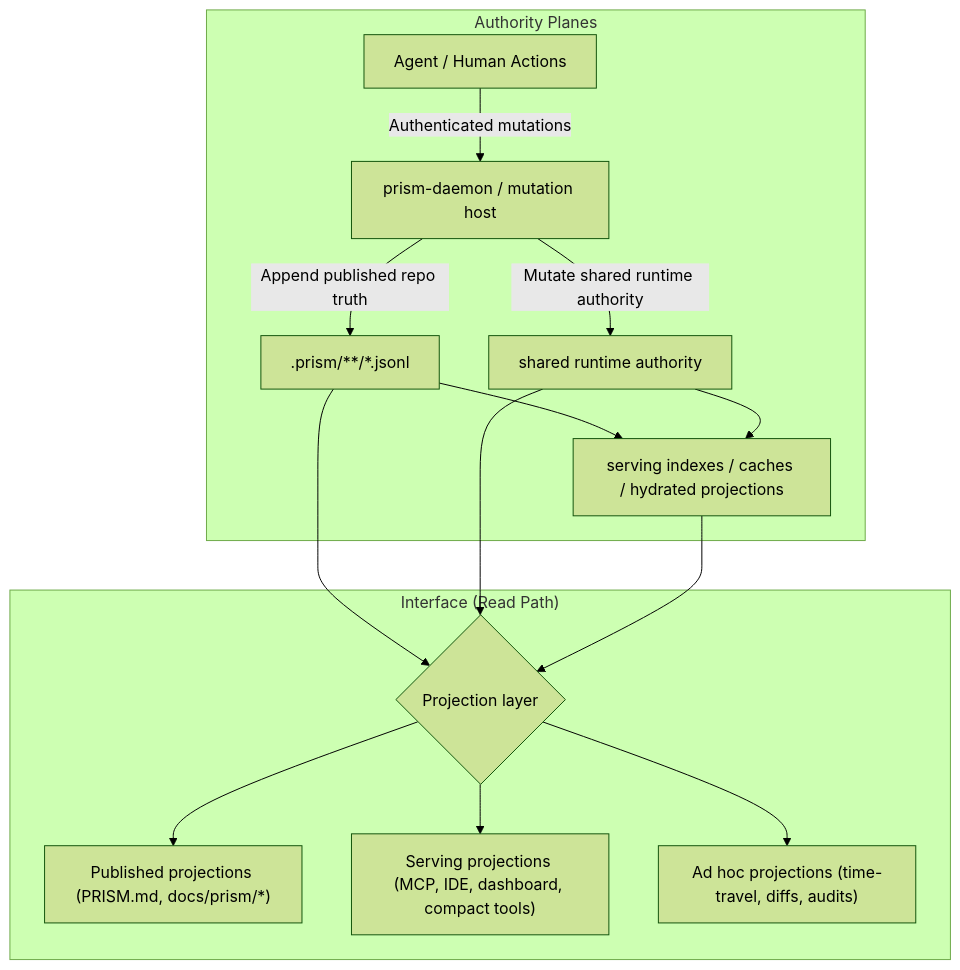
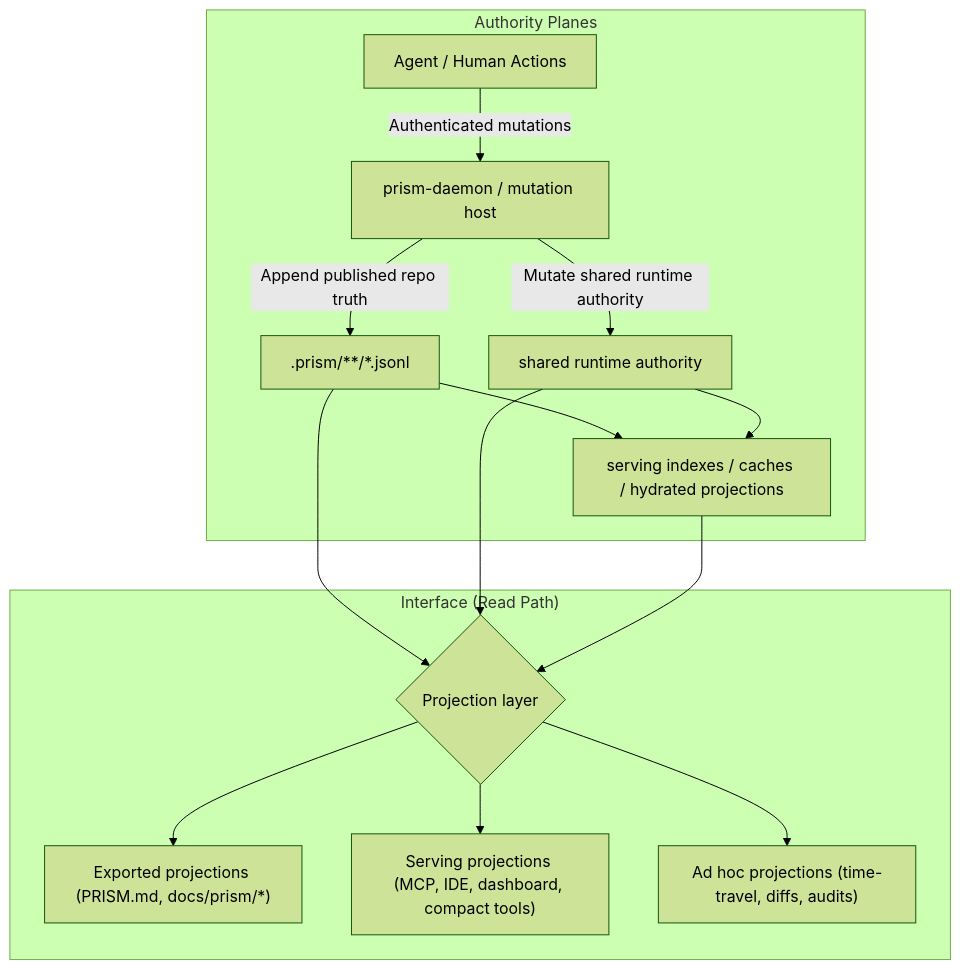
The diagram in docs/PRISM_PROJECTIONS.md (benediktbwimmer/prism), drawn with Mermaid (forest theme) before and after one commit. The commit also changed other lines of this file and 27 other files, not shown here.

````diff
--- a/docs/PRISM_PROJECTIONS.md
+++ b/docs/PRISM_PROJECTIONS.md
@@ -220,19 +220,19 @@
 ```mermaid
 graph TD
     subgraph "Authority Planes"
         A["Agent / Human Actions"] -->|Authenticated mutations| B["prism-daemon / mutation host"]
         B -->|Append published repo truth| C[".prism/**/*.jsonl"]
         B -->|Mutate shared runtime authority| D["shared runtime authority"]
         C --> E["serving indexes / caches / hydrated projections"]
         D --> E
     end
 
     subgraph "Interface (Read Path)"
         C --> F{"Projection layer"}
         D --> F
         E --> F
-        F --> G["Published projections (PRISM.md, docs/prism/*)"]
+        F --> G["Exported projections (PRISM.md, docs/prism/*)"]
         F --> H["Serving projections (MCP, IDE, dashboard, compact tools)"]
         F --> I["Ad hoc projections (time-travel, diffs, audits)"]
     end
 ```
````
